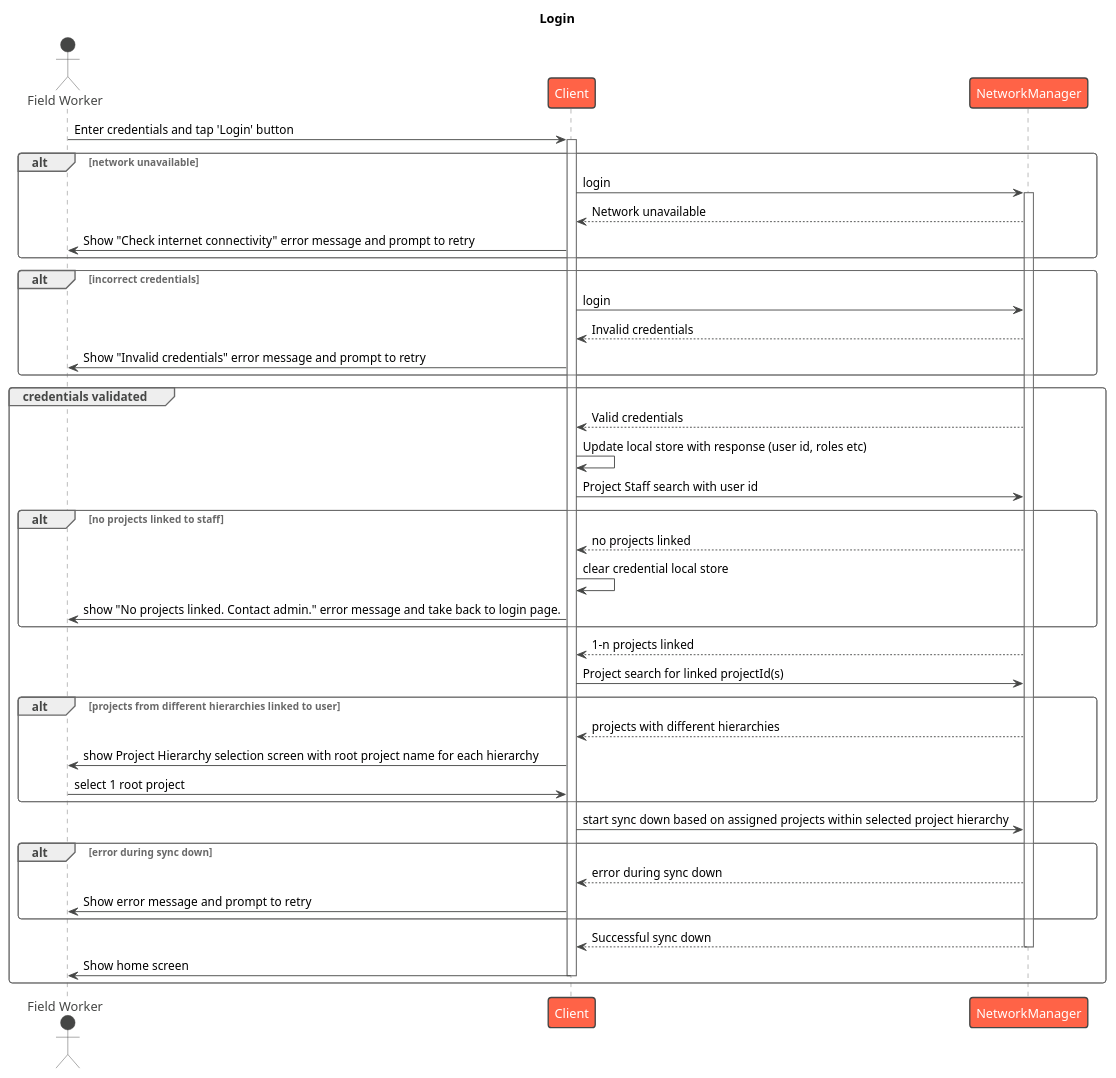
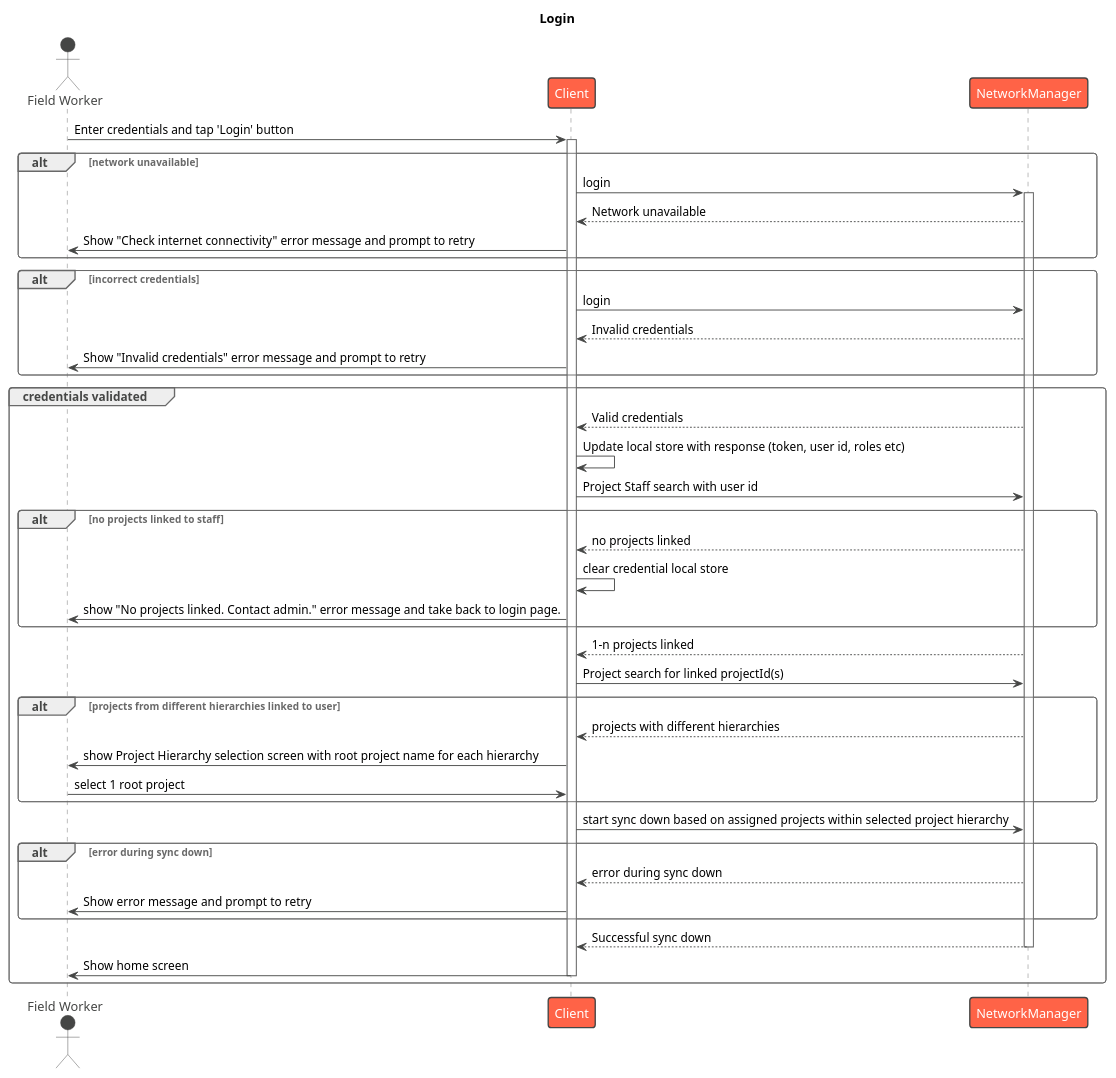
Before and after one commit to egovernments/health-api-specs: the diagram in sequence-diagrams/user-flows/login.puml, drawn with PlantUML. The commit also changed 1 other file, not shown here.

Commit message:
Sequence: Add note to clarify token refresh

```diff
--- a/sequence-diagrams/user-flows/login.puml
+++ b/sequence-diagrams/user-flows/login.puml
@@ -1,48 +1,48 @@
 @startuml
 !theme vibrant
 title Login
 actor "Field Worker" as a
 participant Client as c
 participant NetworkManager as nm
 
 a -> c: Enter credentials and tap 'Login' button
 activate c
 alt network unavailable
   c -> nm: login
   activate nm
   nm --> c: Network unavailable
   c -> a: Show "Check internet connectivity" error message and prompt to retry
 end
 alt incorrect credentials
   c -> nm: login
   nm --> c: Invalid credentials
   c -> a: Show "Invalid credentials" error message and prompt to retry
 end
 group credentials validated
   nm --> c: Valid credentials
-  c -> c: Update local store with response (user id, roles etc)
+  c -> c: Update local store with response (token, user id, roles etc)
   c -> nm: Project Staff search with user id
   alt no projects linked to staff
     nm --> c: no projects linked
     c -> c: clear credential local store
     c -> a: show "No projects linked. Contact admin." error message and take back to login page.
   end
   nm --> c: 1-n projects linked
   c -> nm: Project search for linked projectId(s)
   alt projects from different hierarchies linked to user
     nm --> c: projects with different hierarchies
     c -> a: show Project Hierarchy selection screen with root project name for each hierarchy
     a -> c: select 1 root project
   end
   c -> nm: start sync down based on assigned projects within selected project hierarchy
   alt error during sync down
     nm --> c: error during sync down
     c -> a: Show error message and prompt to retry
   end
   nm --> c: Successful sync down
   deactivate nm
   c -> a: Show home screen
   deactivate c
 end
 
 @enduml
```
